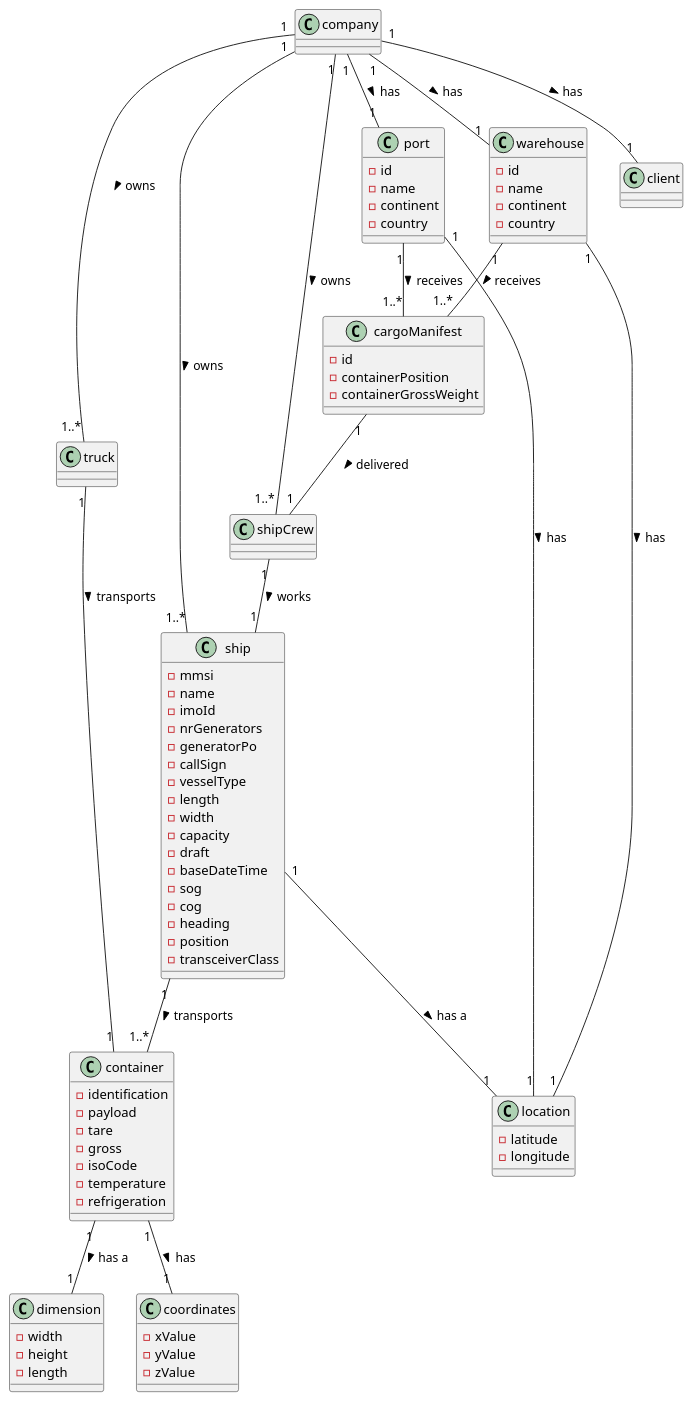
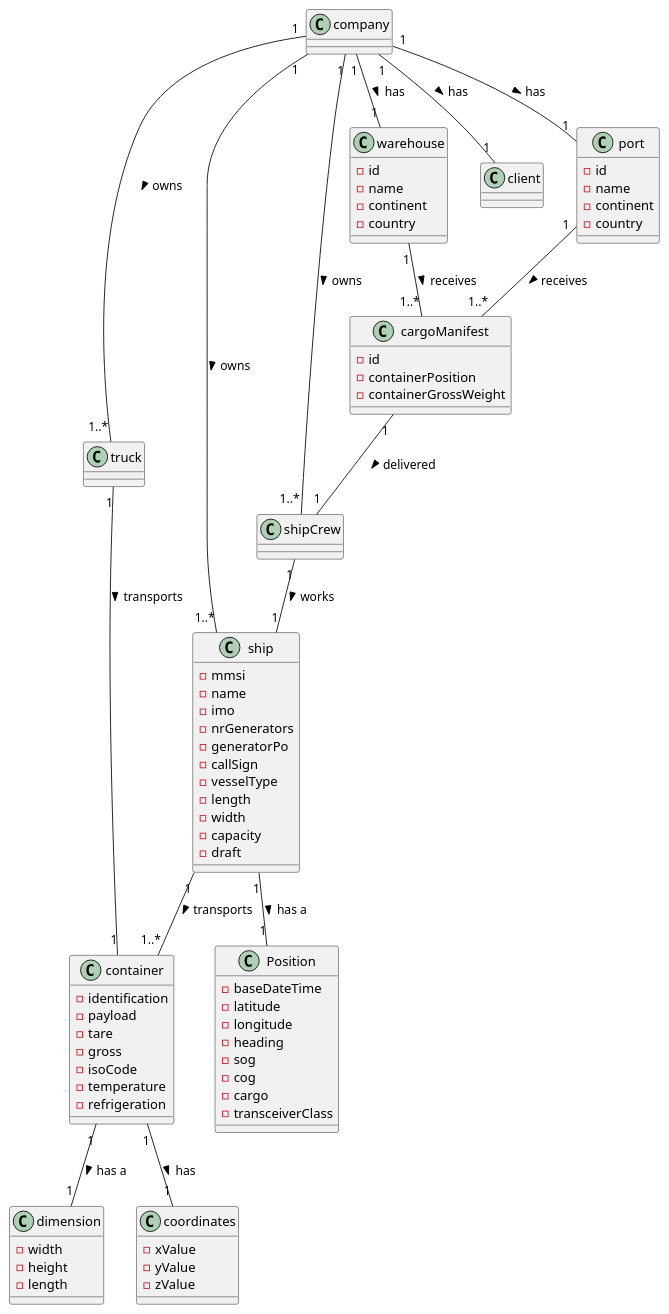
One commit to GuilhermeCunha79/LAPR3 changed the diagram in docs/Sprint 1/DomainModel.puml. Above: the diagram before and after it, drawn with PlantUML. The commit also changed 2 other files, not shown here.

```diff
--- a/docs/Sprint 1/DomainModel.puml
+++ b/docs/Sprint 1/DomainModel.puml
@@ -1,101 +1,99 @@
 @startuml
 'https://plantuml.com/sequence-diagram
 
 top to bottom direction
 
 company"1" --- "1..*"truck : > owns
 company"1" --- "1..*"ship : > owns
 company"1" --- "1..*"shipCrew : > owns
 company"1" -- "1"warehouse : > has
 company"1" -- "1"client : > has
 company"1" -- "1"port : > has
 ship"1" -- "1..*" container:> transports
-ship"1" -- "1"location:> has a
+ship"1" -- "1"Position:> has a
 container"1" -- "1"dimension :> has a
 container"1" -- "1"coordinates:> has
 truck"1" -- "1"container:> transports
-warehouse"1" --"1"location :> has
 warehouse"1" --"1..*"cargoManifest :> receives
-port"1" --"1"location :> has
 port"1" -- "1..*"cargoManifest :> receives
 shipCrew"1" -- "1"ship :> works
 cargoManifest"1" -- "1"shipCrew :> delivered
 
 class company{
 }
 
 class dimension{
 -width
 -height
 -length
 }
 
 class shipCrew{
 }
 
 class container{
 -identification
 -payload
 -tare
 -gross
 -isoCode
 -temperature
 -refrigeration
 }
 
 class truck{
 }
 
 class ship{
 -mmsi
 -name
--imoId
+-imo
 -nrGenerators
 -generatorPo
 -callSign
 -vesselType
 -length
 -width
 -capacity
 -draft
--baseDateTime
--sog
--cog
--heading
--position
--transceiverClass
 }
 
 class coordinates{
 -xValue
 -yValue
 -zValue
 }
 
-class location{
+class Position{
+-baseDateTime
 -latitude
 -longitude
+-heading
+-sog
+-cog
+-cargo
+-transceiverClass
 }
 
 class port{
 -id
 -name
 -continent
 -country
 }
 
 class warehouse{
 -id
 -name
 -continent
 -country
 }
 
 class cargoManifest{
 -id
 -containerPosition
 -containerGrossWeight
 }
 
 
 @enduml
```
